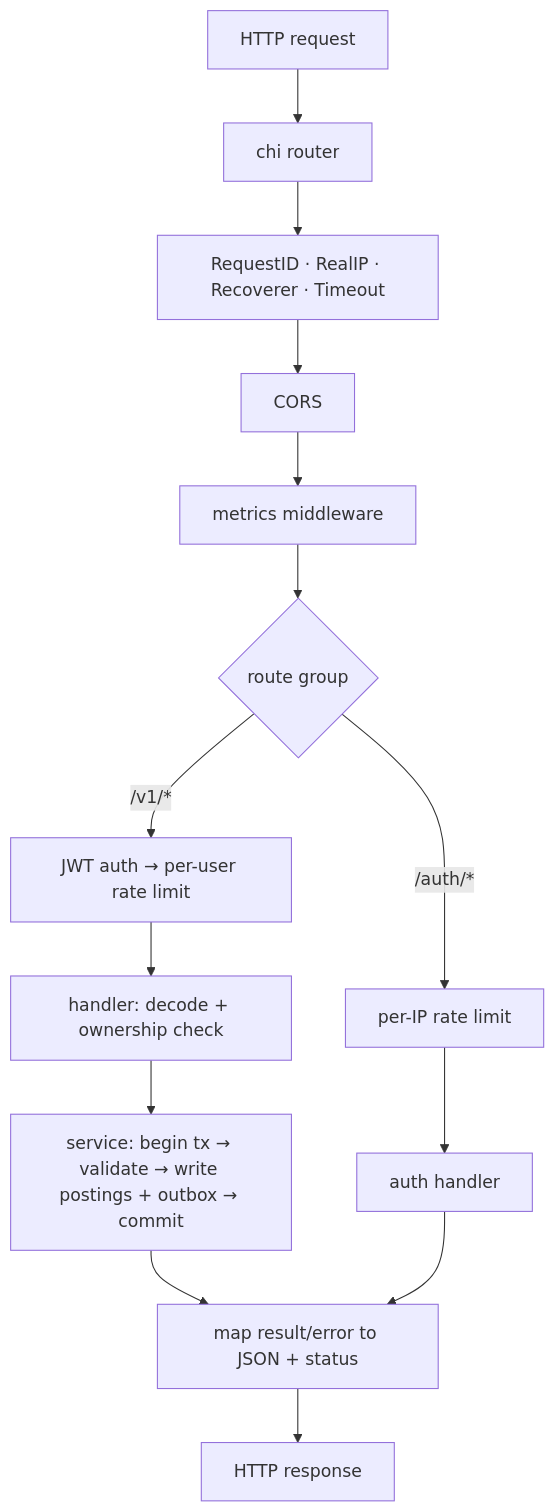
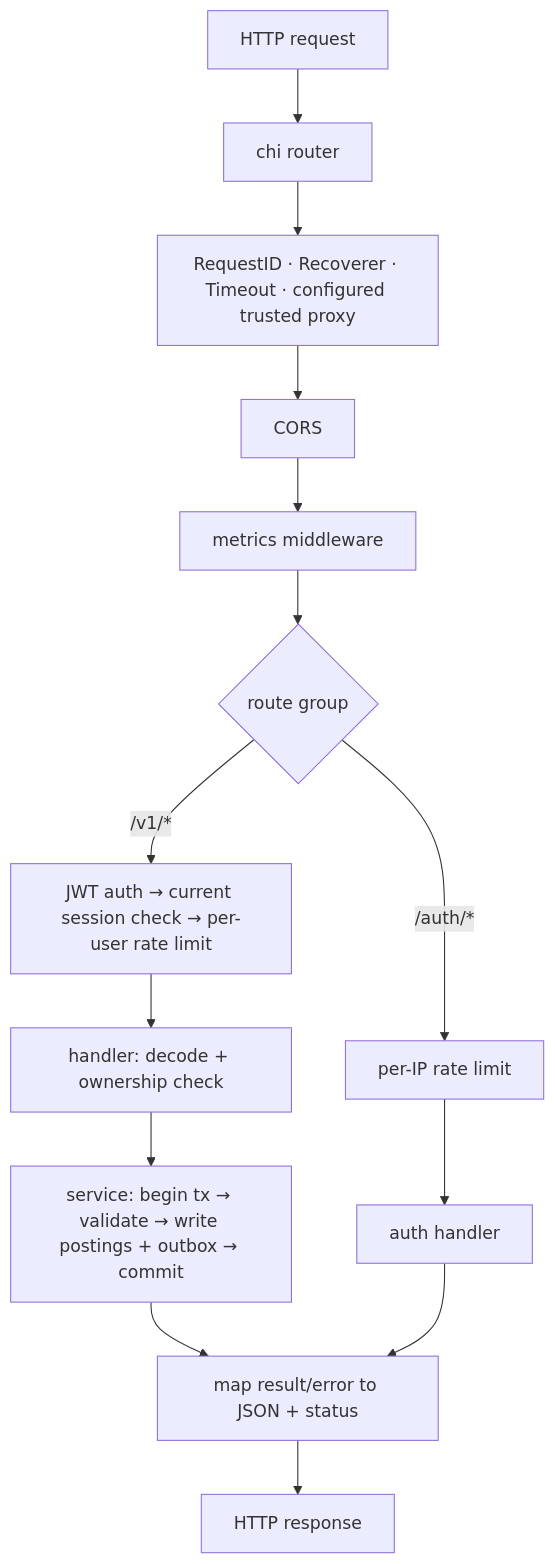
The third of 3 diagrams in docs/ARCHITECTURE.md (EftikharAzim/LedgerX), drawn with Mermaid before and after one commit. The commit also changed other lines of this file and 51 other files, not shown here.

````diff
--- a/docs/ARCHITECTURE.md
+++ b/docs/ARCHITECTURE.md
@@ -172,16 +185,16 @@
 ```mermaid
 graph TD
     A["HTTP request"] --> B["chi router"]
-    B --> C["RequestID · RealIP · Recoverer · Timeout"]
+    B --> C["RequestID · Recoverer · Timeout · configured trusted proxy"]
     C --> D["CORS"]
     D --> E["metrics middleware"]
     E --> F{"route group"}
     F -->|/auth/*| G["per-IP rate limit"]
-    F -->|/v1/*| H["JWT auth → per-user rate limit"]
+    F -->|/v1/*| H["JWT auth → current session check → per-user rate limit"]
     G --> I["auth handler"]
     H --> J["handler: decode + ownership check"]
     J --> K["service: begin tx → validate → write postings + outbox → commit"]
     K --> L["map result/error to JSON + status"]
     I --> L
     L --> M["HTTP response"]
 ```
````
